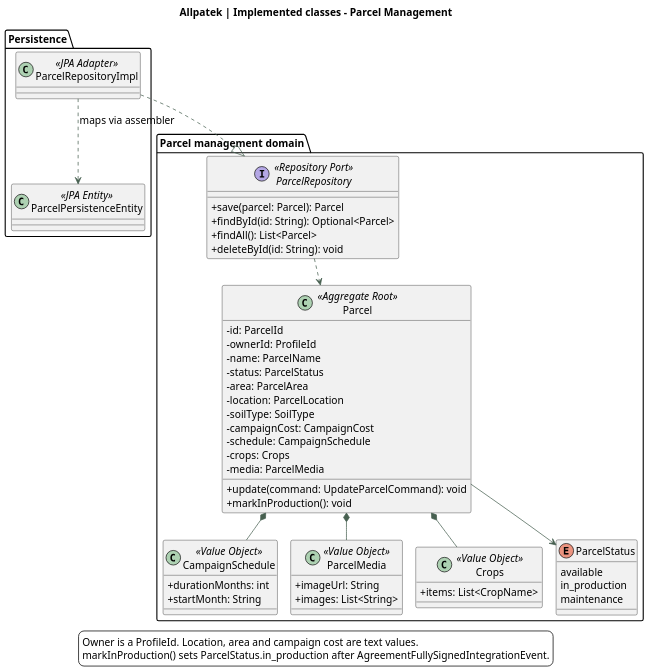
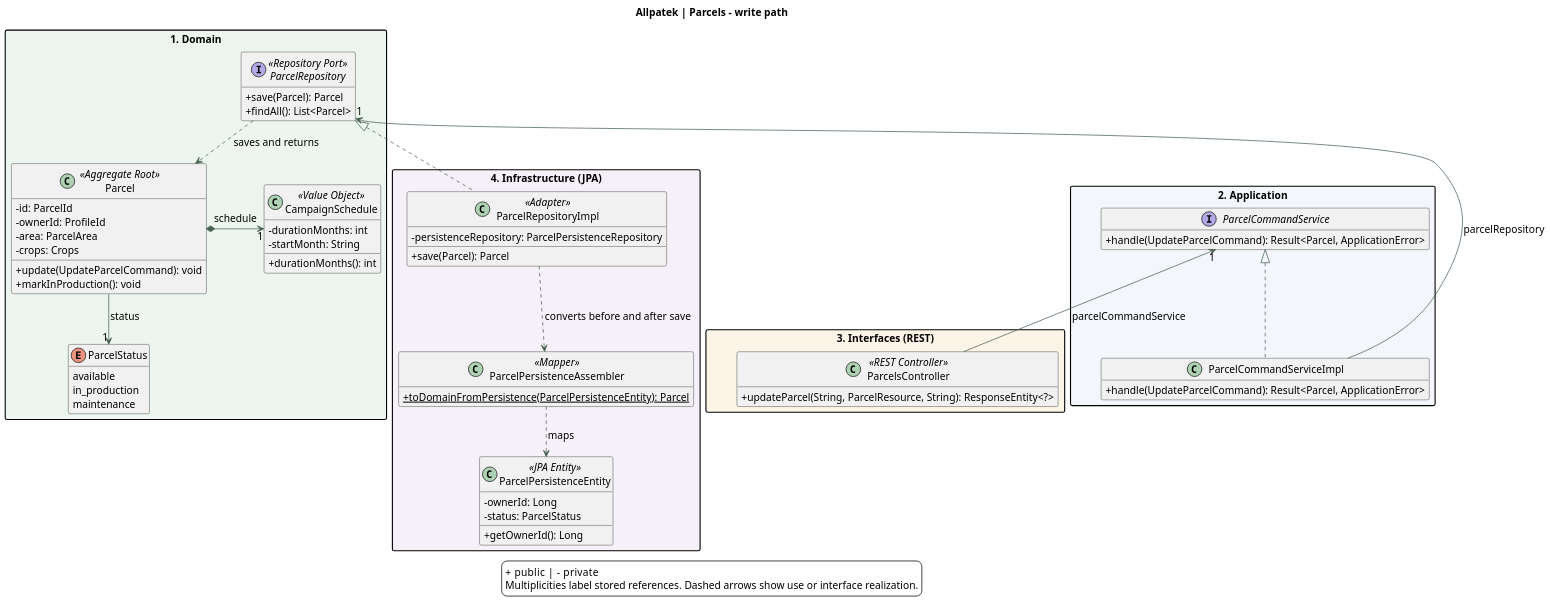
The diagram in assets/chapter-04/architecture/09-classes-plots.puml (upc-pre-202620-1asi0729-7753-Terranova/allpatek-report), drawn with PlantUML before and after one commit. The commit also changed 6 other files, not shown here.

Commit message:
docs(uml): trace parcels classes across the API and webapp

```diff
--- a/assets/chapter-04/architecture/09-classes-plots.puml
+++ b/assets/chapter-04/architecture/09-classes-plots.puml
@@ -1,76 +1,82 @@
 @startuml
 !pragma layout smetana
 skinparam backgroundColor white
 skinparam defaultFontName SansSerif
 skinparam defaultFontSize 14
 skinparam shadowing false
 skinparam classAttributeIconSize 0
 skinparam ArrowColor #476050
+skinparam packageStyle rectangle
 skinparam dpi 140
-title Allpatek | Implemented classes - Parcel Management
+hide empty members
 top to bottom direction
+title Allpatek | Parcels - write path
 
-package "Parcel management domain" {
+package "1. Domain" as Domain #ECF6EF {
   class Parcel <<Aggregate Root>> {
     -id: ParcelId
     -ownerId: ProfileId
-    -name: ParcelName
-    -status: ParcelStatus
     -area: ParcelArea
-    -location: ParcelLocation
-    -soilType: SoilType
-    -campaignCost: CampaignCost
-    -schedule: CampaignSchedule
     -crops: Crops
-    -media: ParcelMedia
-    +update(command: UpdateParcelCommand): void
+    +update(UpdateParcelCommand): void
     +markInProduction(): void
   }
-
   class CampaignSchedule <<Value Object>> {
-    +durationMonths: int
-    +startMonth: String
+    -durationMonths: int
+    -startMonth: String
+    +durationMonths(): int
   }
-
-  class ParcelMedia <<Value Object>> {
-    +imageUrl: String
-    +images: List<String>
+  interface ParcelRepository <<Repository Port>> {
+    +save(Parcel): Parcel
+    +findAll(): List<Parcel>
   }
-
-  class Crops <<Value Object>> {
-    +items: List<CropName>
-  }
-
+  Parcel *-right-> "1" CampaignSchedule : schedule
+  ParcelRepository ..> Parcel : saves and returns
   enum ParcelStatus {
     available
     in_production
     maintenance
   }
-
-  interface ParcelRepository <<Repository Port>> {
-    +save(parcel: Parcel): Parcel
-    +findById(id: String): Optional<Parcel>
-    +findAll(): List<Parcel>
-    +deleteById(id: String): void
+  Parcel --> "1" ParcelStatus : status
+}
+package "2. Application" as Application #F3F6FA {
+  interface ParcelCommandService {
+    +handle(UpdateParcelCommand): Result<Parcel, ApplicationError>
   }
-
-  Parcel *-- CampaignSchedule
-  Parcel *-- ParcelMedia
-  Parcel *-- Crops
-  Parcel --> ParcelStatus
-  ParcelRepository ..> Parcel
+  class ParcelCommandServiceImpl {
+    +handle(UpdateParcelCommand): Result<Parcel, ApplicationError>
+  }
+  ParcelCommandService <|.. ParcelCommandServiceImpl
 }
-
-package "Persistence" {
-  class ParcelRepositoryImpl <<JPA Adapter>>
-  class ParcelPersistenceEntity <<JPA Entity>>
-
-  ParcelRepositoryImpl ..> ParcelPersistenceEntity : maps via assembler
+package "3. Interfaces (REST)" as Interfaces #FDF4E8 {
+  class ParcelsController <<REST Controller>> {
+    +updateParcel(String, ParcelResource, String): ResponseEntity<?>
+  }
 }
-ParcelRepositoryImpl ..|> ParcelRepository
+package "4. Infrastructure (JPA)" as Infrastructure #F6F1F8 {
+  class ParcelRepositoryImpl <<Adapter>> {
+    -persistenceRepository: ParcelPersistenceRepository
+    +save(Parcel): Parcel
+  }
+  class ParcelPersistenceAssembler <<Mapper>> {
+    {static} +toDomainFromPersistence(ParcelPersistenceEntity): Parcel
+  }
+  class ParcelPersistenceEntity <<JPA Entity>> {
+    -ownerId: Long
+    -status: ParcelStatus
+    +getOwnerId(): Long
+  }
+  ParcelRepositoryImpl ..> ParcelPersistenceAssembler : converts before and after save
+  ParcelPersistenceAssembler ..> ParcelPersistenceEntity : maps
+}
+ParcelRepository "1" <-- ParcelCommandServiceImpl : parcelRepository
+ParcelRepository <|.. ParcelRepositoryImpl
+ParcelCommandService "1" <-- ParcelsController : parcelCommandService
+Domain -[hidden]down-> Application
+Application -[hidden]down-> Interfaces
 
 legend bottom
-Owner is a ProfileId. Location, area and campaign cost are text values.
-markInProduction() sets ParcelStatus.in_production after AgreementFullySignedIntegrationEvent.
++ public  |  - private
+Multiplicities label stored references. Dashed arrows show use or interface realization.
 endlegend
 @enduml
```
